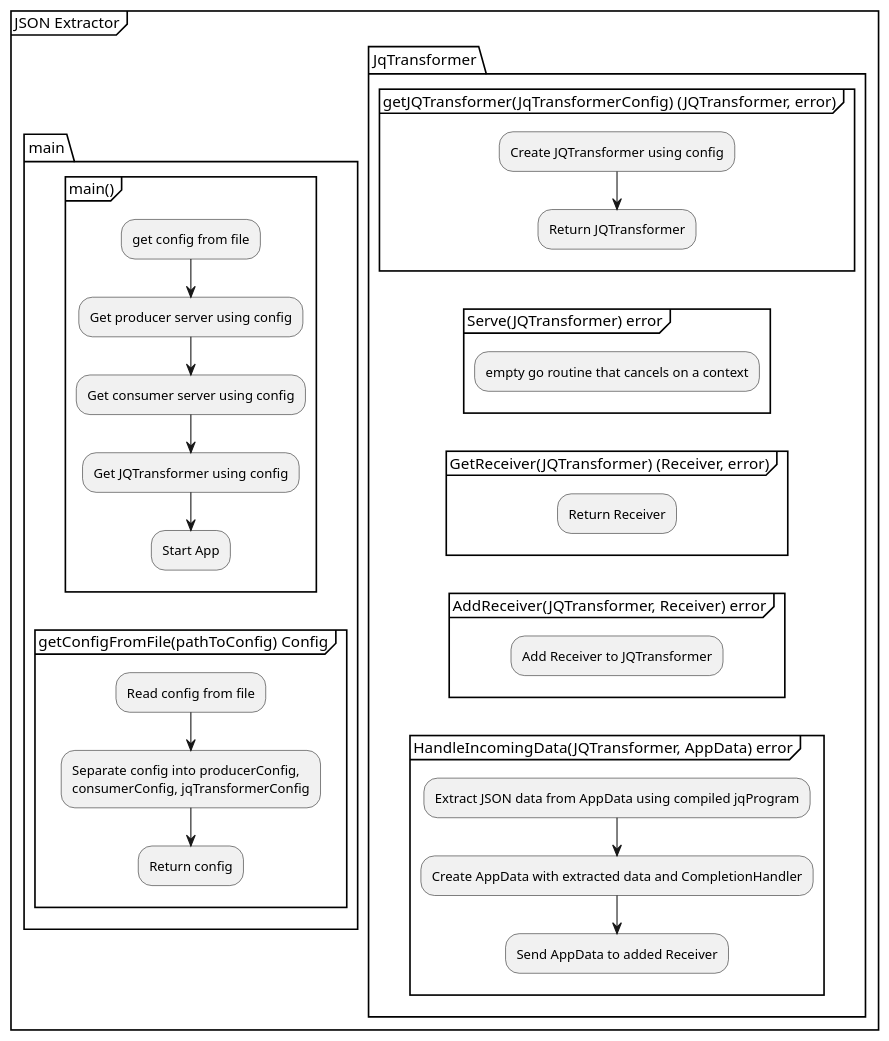
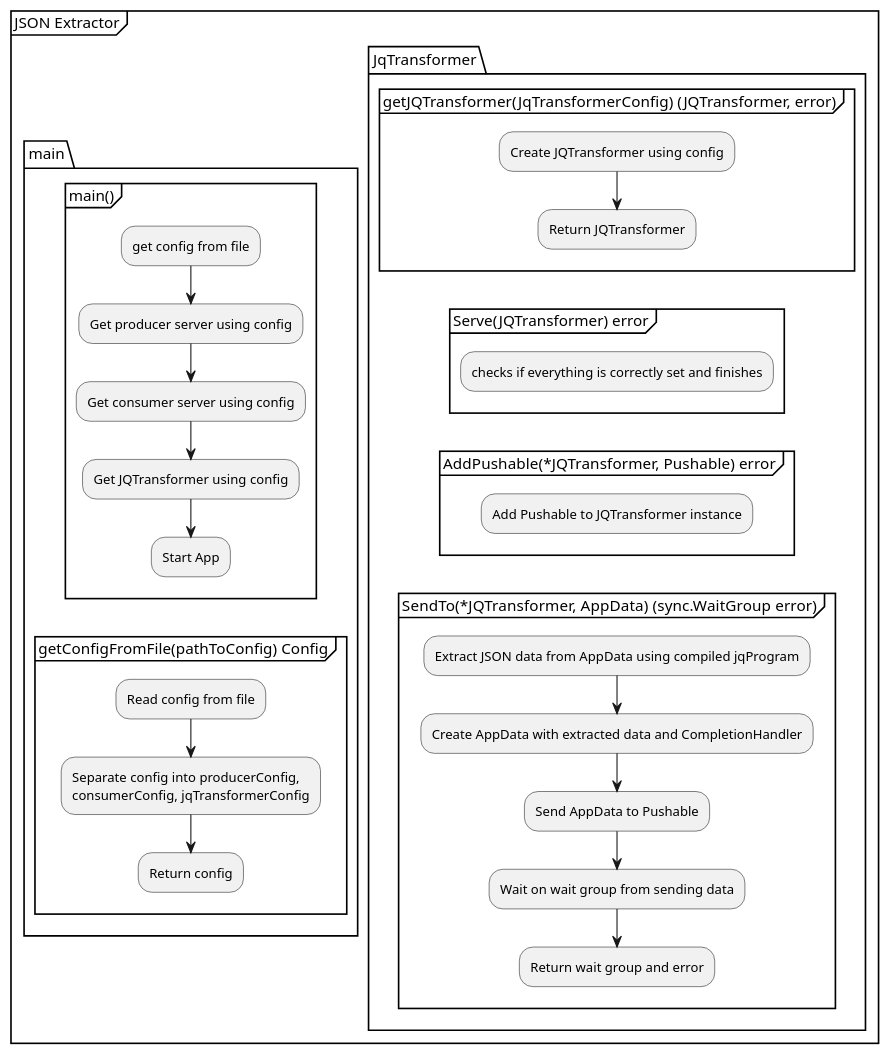
One commit to xtuml/otel2pv changed the diagram in docs/design_notes/DN1_JSON_Extractor/implementation_JSON_extractor.puml. Above: the diagram before and after it, drawn with PlantUML. The commit also changed 14 other files, not shown here.

First line of the commit message:
Cdsopv 63 update architecture to remove receiver and use pushable as receiver (#29)

```diff
--- a/docs/design_notes/DN1_JSON_Extractor/implementation_JSON_extractor.puml
+++ b/docs/design_notes/DN1_JSON_Extractor/implementation_JSON_extractor.puml
@@ -1,50 +1,48 @@
 @startuml
     partition JSON Extractor {
         split
         -[hidden]->
         package main {
             group main() {
                 :get config from file;
                 :Get producer server using config;
                 :Get consumer server using config;
                 :Get JQTransformer using config;
                 :Start App;
                 detach
             }
             group getConfigFromFile(pathToConfig) Config {
                 :Read config from file;
                 :Separate config into producerConfig,\nconsumerConfig, jqTransformerConfig;
                 :Return config;
                 detach
             }
         }
         split again
         -[hidden]->
         package JqTransformer {
             group getJQTransformer(JqTransformerConfig) (JQTransformer, error) {
                 :Create JQTransformer using config;
                 :Return JQTransformer;
                 detach
             }
             group Serve(JQTransformer) error {
-                :empty go routine that cancels on a context;
+                :checks if everything is correctly set and finishes;
                 detach
             }
-            group GetReceiver(JQTransformer) (Receiver, error) {
-                :Return Receiver;
+            group AddPushable(*JQTransformer, Pushable) error {
+                :Add Pushable to JQTransformer instance;
                 detach
             }
-            group AddReceiver(JQTransformer, Receiver) error {
-                :Add Receiver to JQTransformer;
-                detach
-            }
-            group HandleIncomingData(JQTransformer, AppData) error {
+            group SendTo(*JQTransformer, AppData) (sync.WaitGroup error) {
                 :Extract JSON data from AppData using compiled jqProgram;
                 :Create AppData with extracted data and CompletionHandler;
-                :Send AppData to added Receiver;
+                :Send AppData to Pushable;
+                :Wait on wait group from sending data;
+                :Return wait group and error;
                 detach
             }
         }
         end split
     }
 @enduml
```
